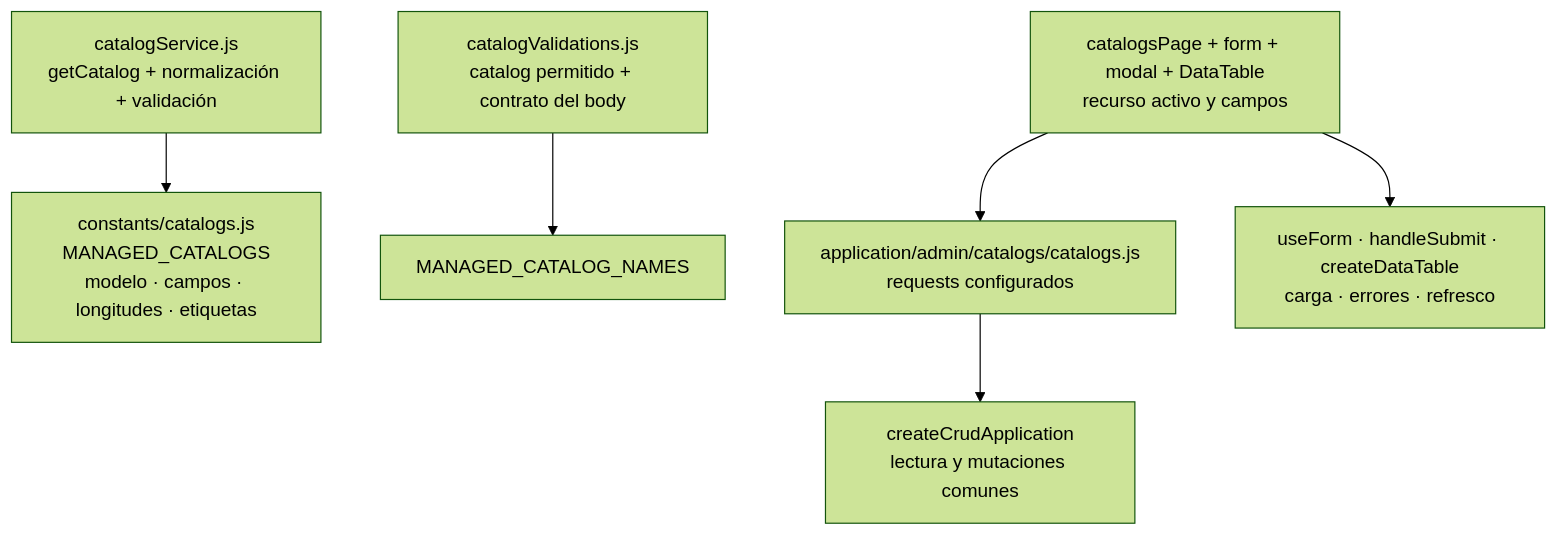
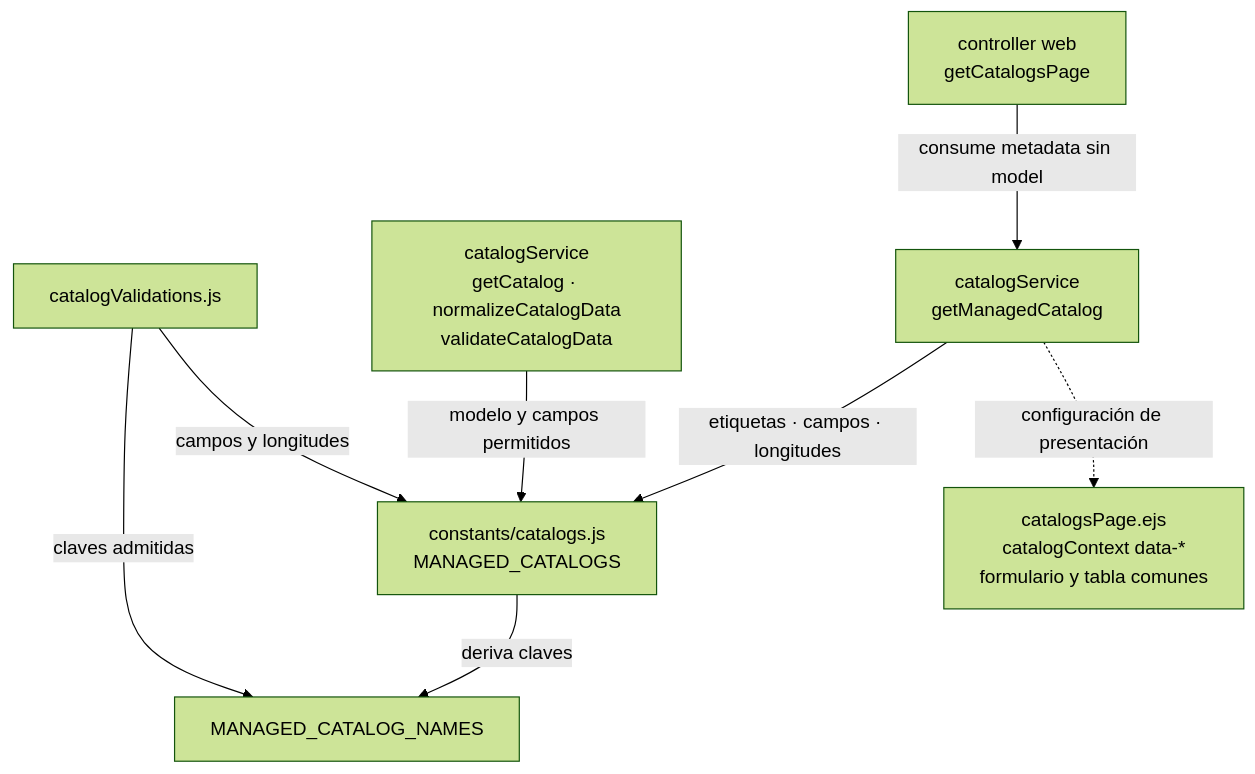
The diagram in docs/architecture/views/development/design-and-construction-patterns/08-catalog-registry-and-allowlist.md (gpgsistemas01/nexus), drawn with Mermaid (forest theme) before and after one commit. The commit also changed other lines of this file and 12 other files, not shown here.

````diff
--- a/docs/architecture/views/development/design-and-construction-patterns/08-catalog-registry-and-allowlist.md
+++ b/docs/architecture/views/development/design-and-construction-patterns/08-catalog-registry-and-allowlist.md
@@ -95,8 +24,10 @@
 ```mermaid
 flowchart TB
-    service["catalogService.js<br/>getCatalog + normalización + validación"] --> registry["constants/catalogs.js<br/>MANAGED_CATALOGS<br/>modelo · campos · longitudes · etiquetas"]
-    validation["catalogValidations.js<br/>catalog permitido + contrato del body"] --> names["MANAGED_CATALOG_NAMES"]
-    page["catalogsPage + form + modal + DataTable<br/>recurso activo y campos"] --> application["application/admin/catalogs/catalogs.js<br/>requests configurados"]
-    application --> crud["createCrudApplication<br/>lectura y mutaciones comunes"]
-    page --> shared["useForm · handleSubmit · createDataTable<br/>carga · errores · refresco"]
+    registry["constants/catalogs.js<br/>MANAGED_CATALOGS"] -->|deriva claves| names["MANAGED_CATALOG_NAMES"]
+    validator["catalogValidations.js"] -->|claves admitidas| names
+    validator -->|campos y longitudes| registry
+    service["catalogService<br/>getCatalog · normalizeCatalogData<br/>validateCatalogData"] -->|modelo y campos permitidos| registry
+    metadata["catalogService<br/>getManagedCatalog"] -->|etiquetas · campos · longitudes| registry
+    web["controller web<br/>getCatalogsPage"] -->|consume metadata sin model| metadata
+    metadata -.->|configuración de presentación| view["catalogsPage.ejs<br/>catalogContext data-*<br/>formulario y tabla comunes"]
 ```
````
